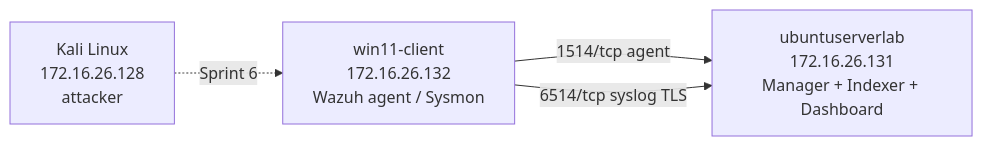
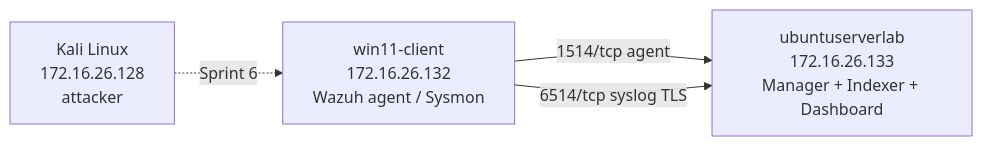
The diagram in README.md (sadiq19/nist-siem-cyberlab), drawn with Mermaid before and after one commit. The commit also changed other lines of this file and 1 other file, not shown here.

Commit message:
docs(arch): Sprint 2 lab addressing on vmnet8

````diff
--- a/README.md
+++ b/README.md
@@ -19,9 +19,9 @@
 ```mermaid
 flowchart LR
   WIN["win11-client\n172.16.26.132\nWazuh agent / Sysmon"]
   KALI["Kali Linux\n172.16.26.128\nattacker"]
-  UB["ubuntuserverlab\n172.16.26.131\nManager + Indexer + Dashboard"]
+  UB["ubuntuserverlab\n172.16.26.133\nManager + Indexer + Dashboard"]
   WIN -->|"1514/tcp agent"| UB
   WIN -->|"6514/tcp syslog TLS"| UB
   KALI -.->|"Sprint 6"| WIN
 ```
````
